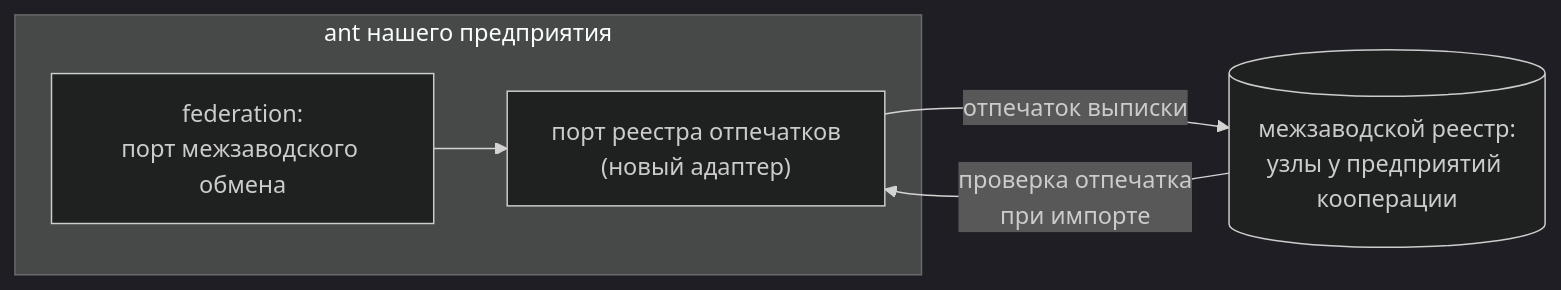
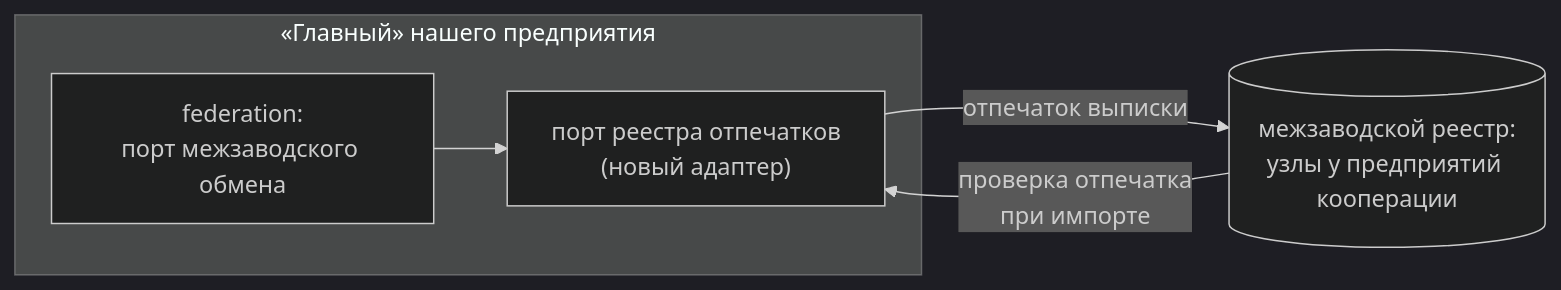
The third of 3 diagrams in docs/federation.md (lehard/cosmos_hack), drawn with Mermaid (dark theme) before and after one commit. The commit also changed other lines of this file and 12 other files, not shown here.

Commit message:
Эпик 47: путеводитель для проверяющих по критериям О1–О9, Т1–Т7; README с запуском и входом; имя «Главный» в документах; ссылки на путеводитель и руководства из docs/README.md и architecture.md

````diff
--- a/docs/federation.md
+++ b/docs/federation.md
@@ -165,10 +165,10 @@
 ```mermaid
 flowchart LR
-  subgraph US["ant нашего предприятия"]
+  subgraph US["«Главный» нашего предприятия"]
     FED["federation:\nпорт межзаводского обмена"]
     REG["порт реестра отпечатков\n(новый адаптер)"]
     FED --> REG
   end
   REG -->|"отпечаток выписки"| L[("межзаводской реестр:\nузлы у предприятий кооперации")]
   L -->|"проверка отпечатка\nпри импорте"| REG
 ```
````
